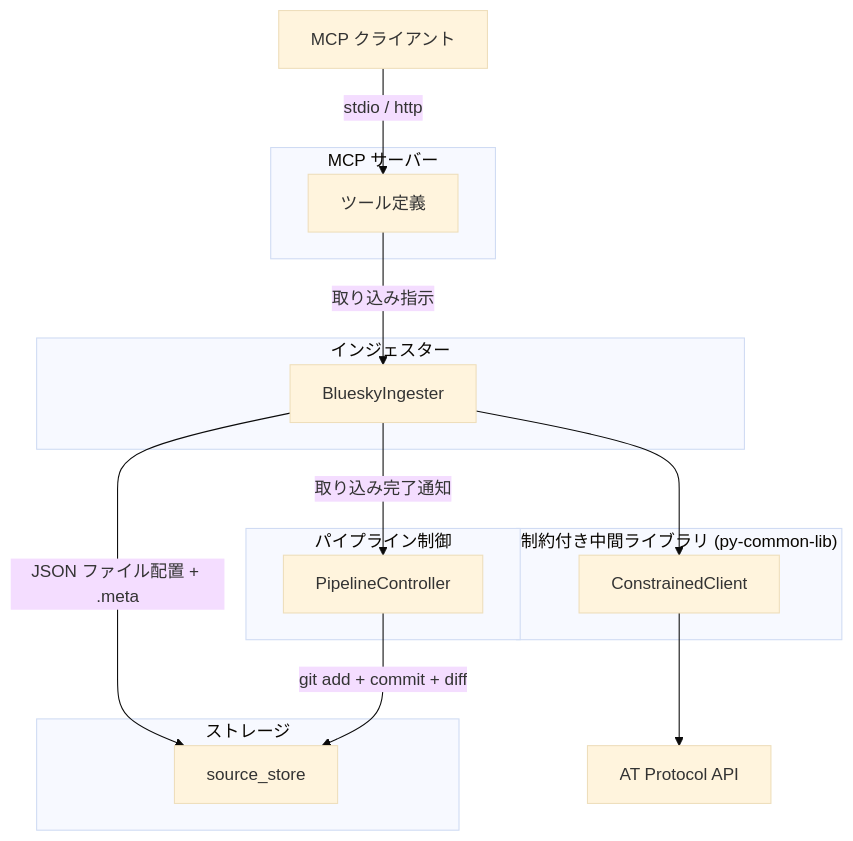
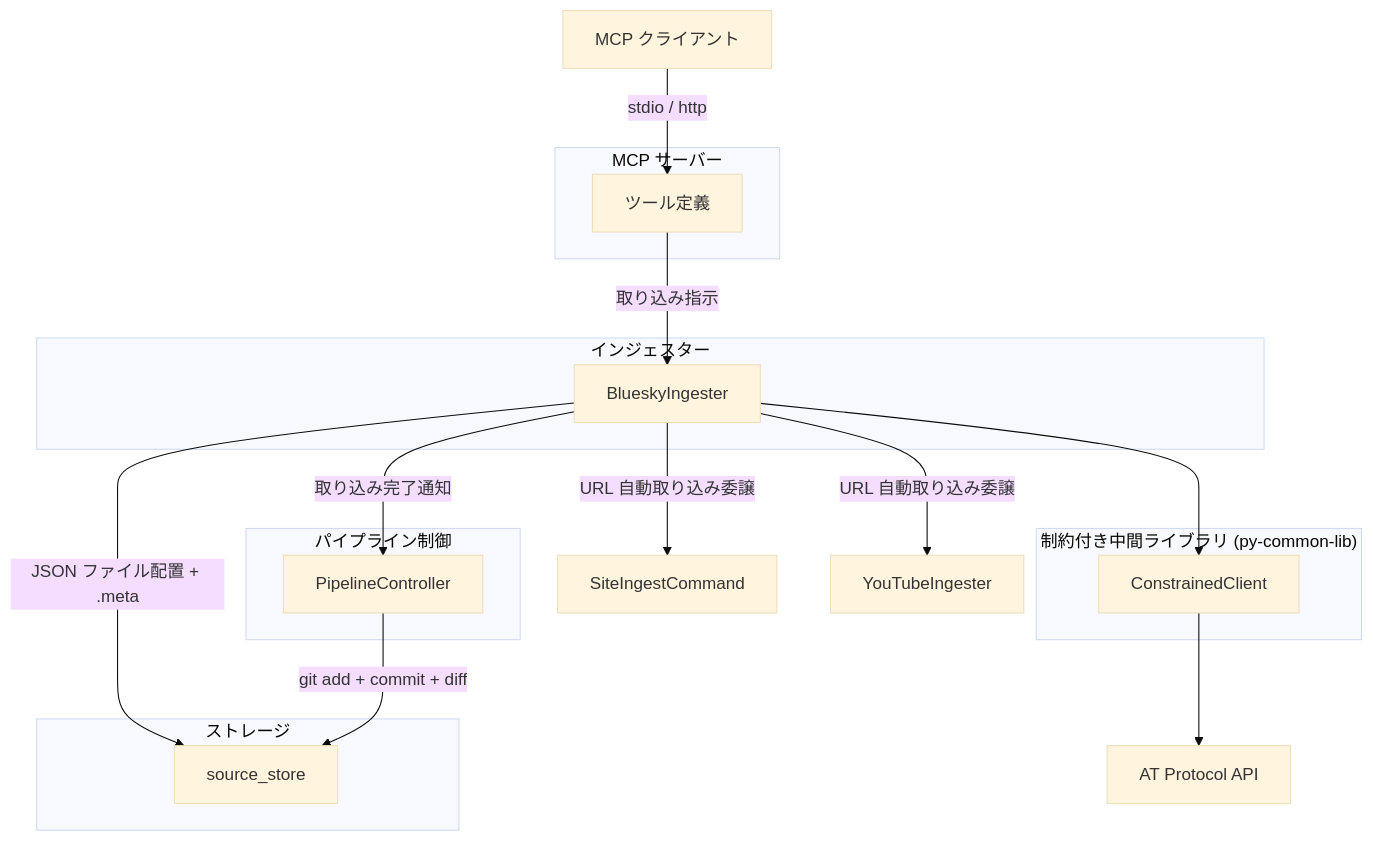
One commit to becky3/rag-knowledge changed the first of 2 diagrams in docs/specs/ingesters/bluesky.md. Above: the diagram before and after it, drawn with Mermaid (base theme). The commit also changed other lines of this file and 24 other files, not shown here.

````diff
--- a/docs/specs/ingesters/bluesky.md
+++ b/docs/specs/ingesters/bluesky.md
@@ -132,34 +132,38 @@
 ```mermaid
 flowchart TB
     CLIENT["MCP クライアント"]
 
     subgraph MCP["MCP サーバー"]
         TOOLS["ツール定義"]
     end
 
     subgraph Pipeline["パイプライン制御"]
         PC["PipelineController"]
     end
 
     subgraph Ingesters["インジェスター"]
         BING["BlueskyIngester"]
     end
 
     subgraph Safety["制約付き中間ライブラリ (py-common-lib)"]
         CC["ConstrainedClient"]
     end
 
     subgraph Storage["ストレージ"]
         SS["source_store"]
     end
 
     AT_API["AT Protocol API"]
+    SITE["SiteIngestCommand"]
+    YT_ING["YouTubeIngester"]
 
     CLIENT -->|stdio / http| TOOLS
     TOOLS -->|取り込み指示| BING
     BING --> CC
     CC --> AT_API
+    BING -->|URL 自動取り込み委譲| SITE
+    BING -->|URL 自動取り込み委譲| YT_ING
     BING -->|JSON ファイル配置 + .meta| SS
     BING -->|取り込み完了通知| PC
     PC -->|git add + commit + diff| SS
 ```
````
